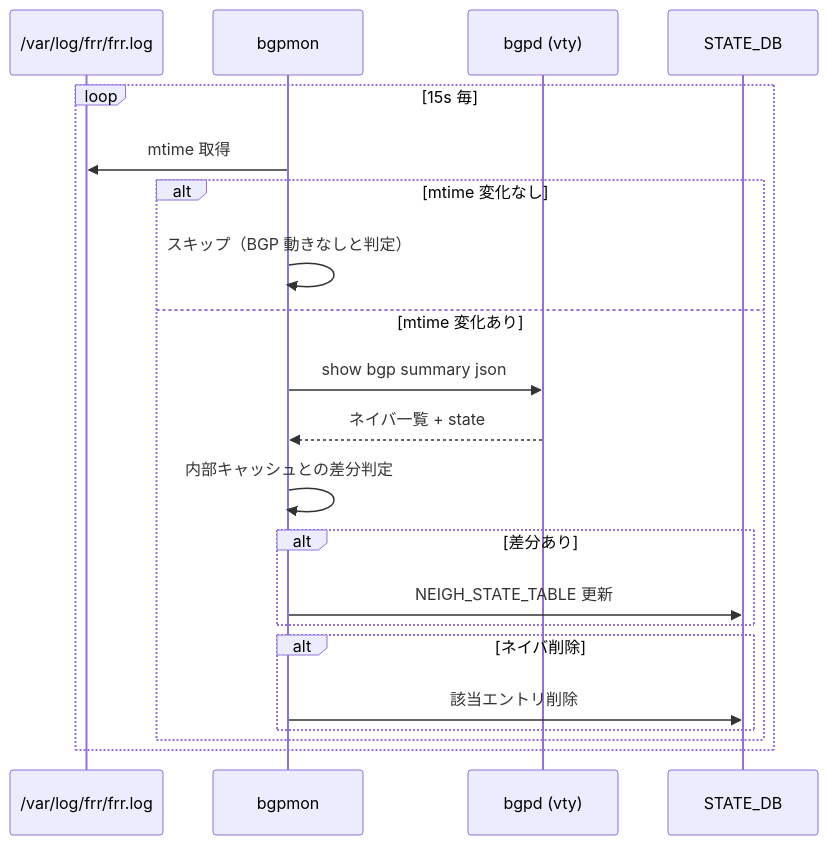
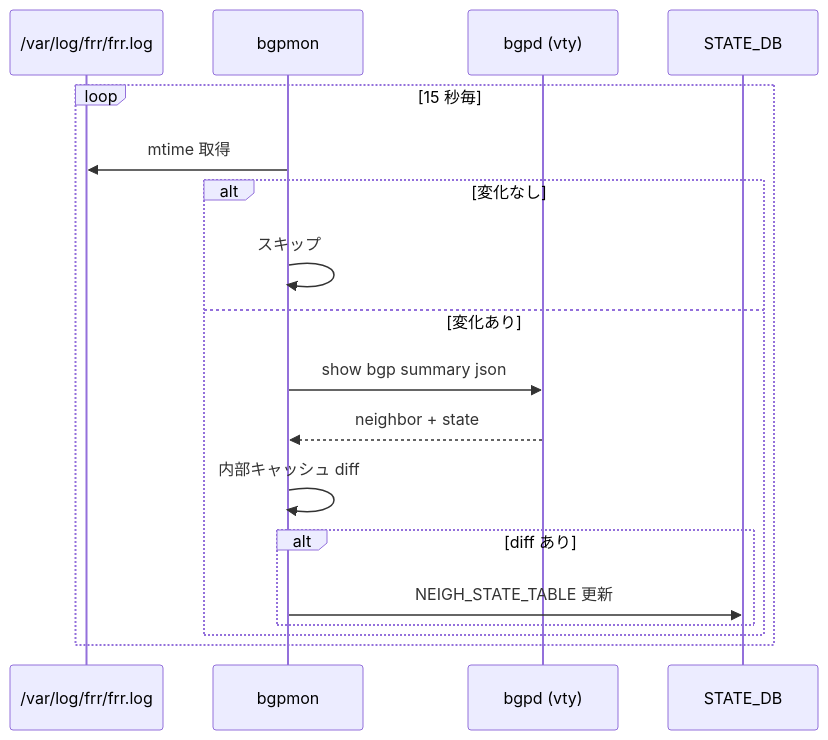
One commit to aoki-taquan/sonic-unofficial-docs changed the third of 3 diagrams in docs/routing/ciscobgp4mib-implementation-changes.md. Above: the diagram before and after it, drawn with Mermaid. The commit also changed other lines of this file and 4 other files, not shown here.

````diff
--- a/docs/routing/ciscobgp4mib-implementation-changes.md
+++ b/docs/routing/ciscobgp4mib-implementation-changes.md
@@ -75,23 +66,20 @@
 ```mermaid
 sequenceDiagram
     participant LOG as /var/log/frr/frr.log
     participant MON as bgpmon
     participant BGPD as bgpd (vty)
     participant ST as STATE_DB
-    loop 15s 毎
+    loop 15 秒毎
         MON->>LOG: mtime 取得
-        alt mtime 変化なし
-            MON->>MON: スキップ（BGP 動きなしと判定）
-        else mtime 変化あり
+        alt 変化なし
+            MON->>MON: スキップ
+        else 変化あり
             MON->>BGPD: show bgp summary json
-            BGPD-->>MON: ネイバ一覧 + state
-            MON->>MON: 内部キャッシュとの差分判定
-            alt 差分あり
+            BGPD-->>MON: neighbor + state
+            MON->>MON: 内部キャッシュ diff
+            alt diff あり
                 MON->>ST: NEIGH_STATE_TABLE 更新
-            end
-            alt ネイバ削除
-                MON->>ST: 該当エントリ削除
             end
         end
     end
 ```
````
